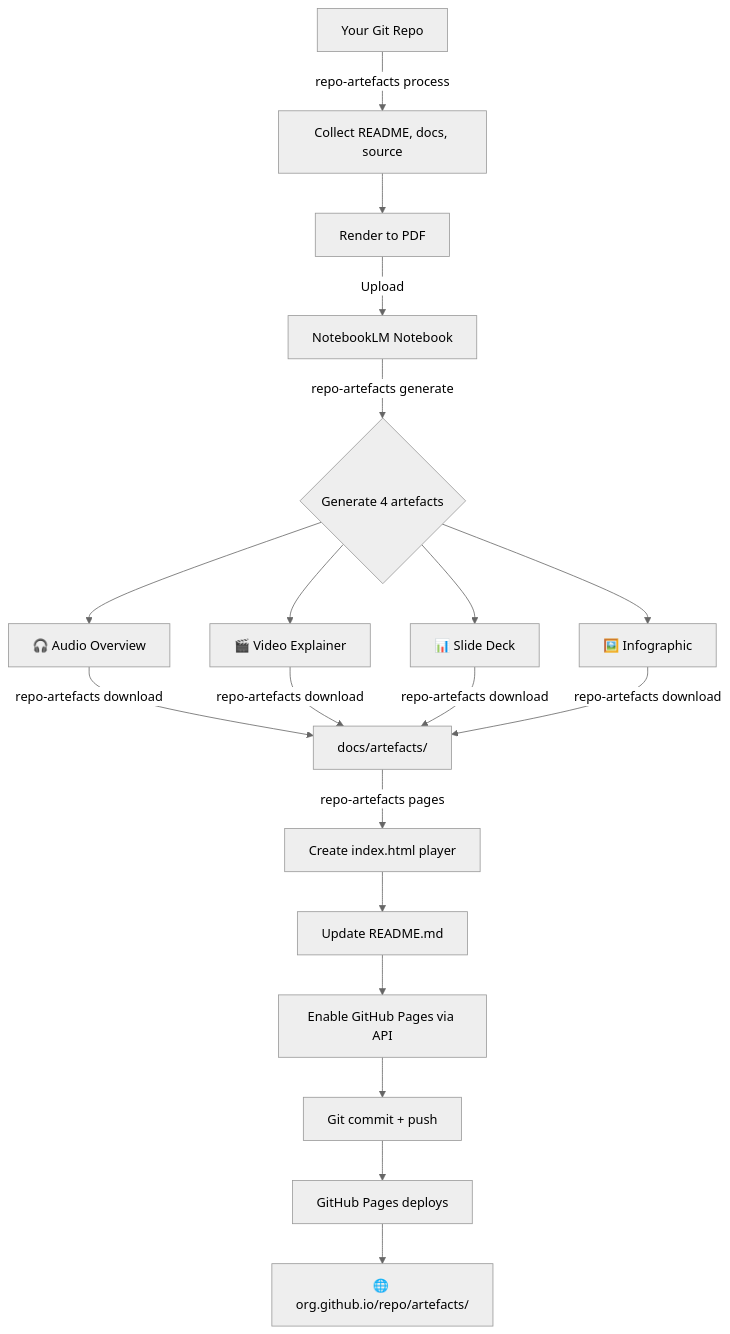
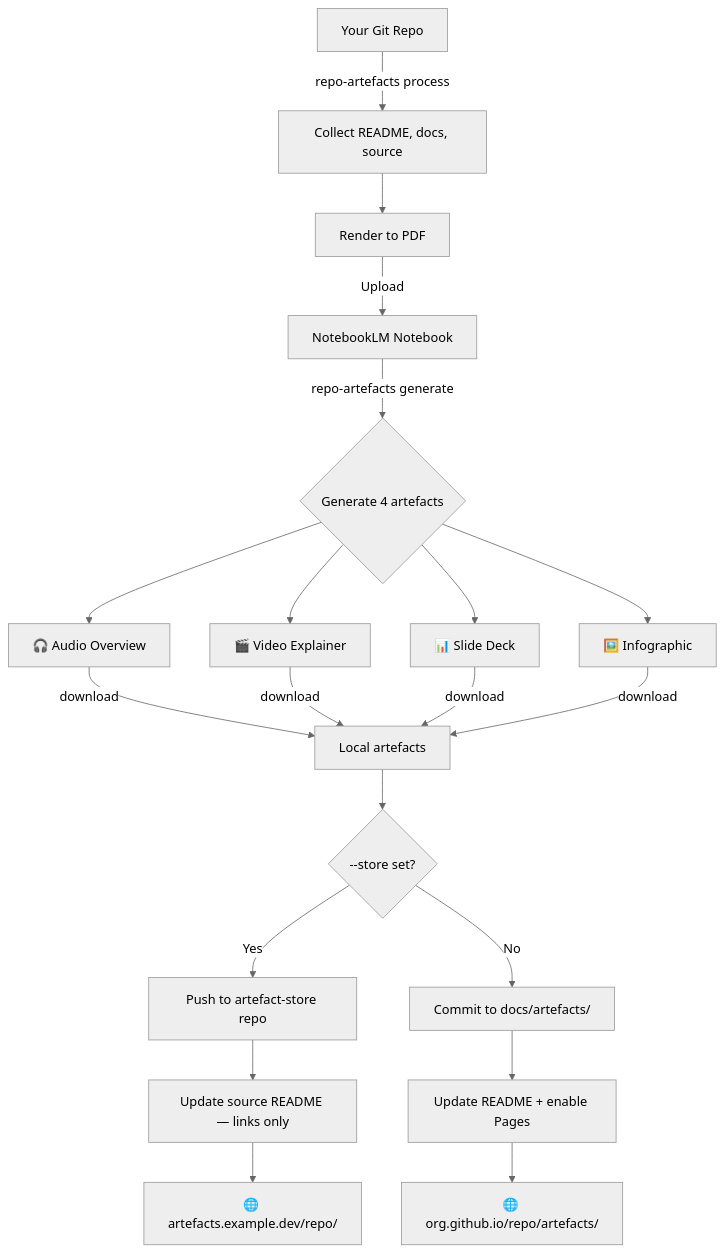
One commit to NetDevAutomate/notebooklm-repo-artefacts changed the first of 6 diagrams in docs/how-it-works.md. Above: the diagram before and after it, drawn with Mermaid (neutral theme). The commit also changed other lines of this file and 12 other files, not shown here.

First line of the commit message:
feat: add centralised artefact store with --store flag

````diff
--- a/docs/how-it-works.md
+++ b/docs/how-it-works.md
@@ -7,18 +7,19 @@
 ```mermaid
 graph TD
     A[Your Git Repo] -->|repo-artefacts process| B[Collect README, docs, source]
     B --> C[Render to PDF]
     C -->|Upload| D[NotebookLM Notebook]
     D -->|repo-artefacts generate| E{Generate 4 artefacts}
     E --> F[🎧 Audio Overview]
     E --> G[🎬 Video Explainer]
     E --> H[📊 Slide Deck]
     E --> I[🖼️ Infographic]
-    F & G & H & I -->|repo-artefacts download| J[docs/artefacts/]
-    J -->|repo-artefacts pages| K[Create index.html player]
-    K --> L[Update README.md]
-    L --> M[Enable GitHub Pages via API]
-    M --> N[Git commit + push]
-    N --> O[GitHub Pages deploys]
-    O --> P["🌐 org.github.io/repo/artefacts/"]
+    F & G & H & I -->|download| J[Local artefacts]
+    J --> K{--store set?}
+    K -->|Yes| L[Push to artefact-store repo]
+    K -->|No| M[Commit to docs/artefacts/]
+    L --> N[Update source README — links only]
+    M --> O[Update README + enable Pages]
+    N --> P["🌐 artefacts.example.dev/repo/"]
+    O --> Q["🌐 org.github.io/repo/artefacts/"]
 ```
````
